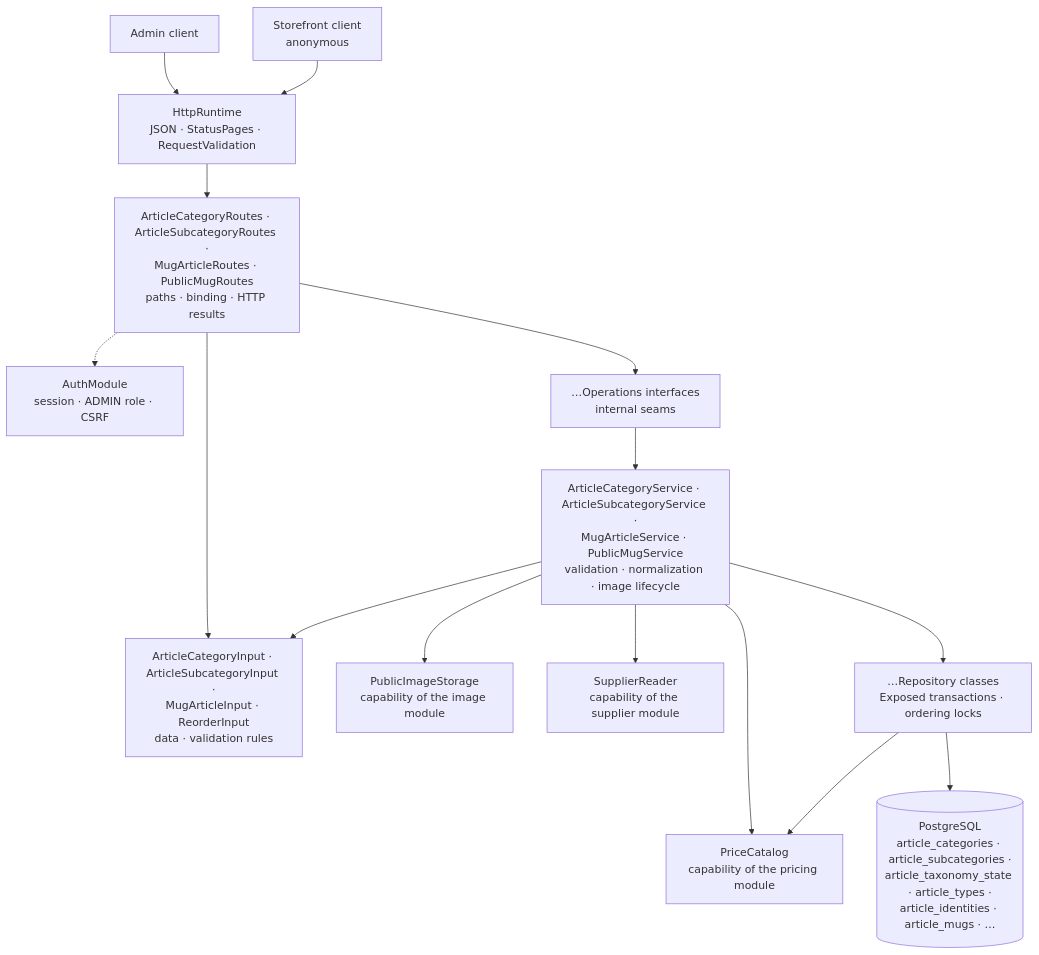
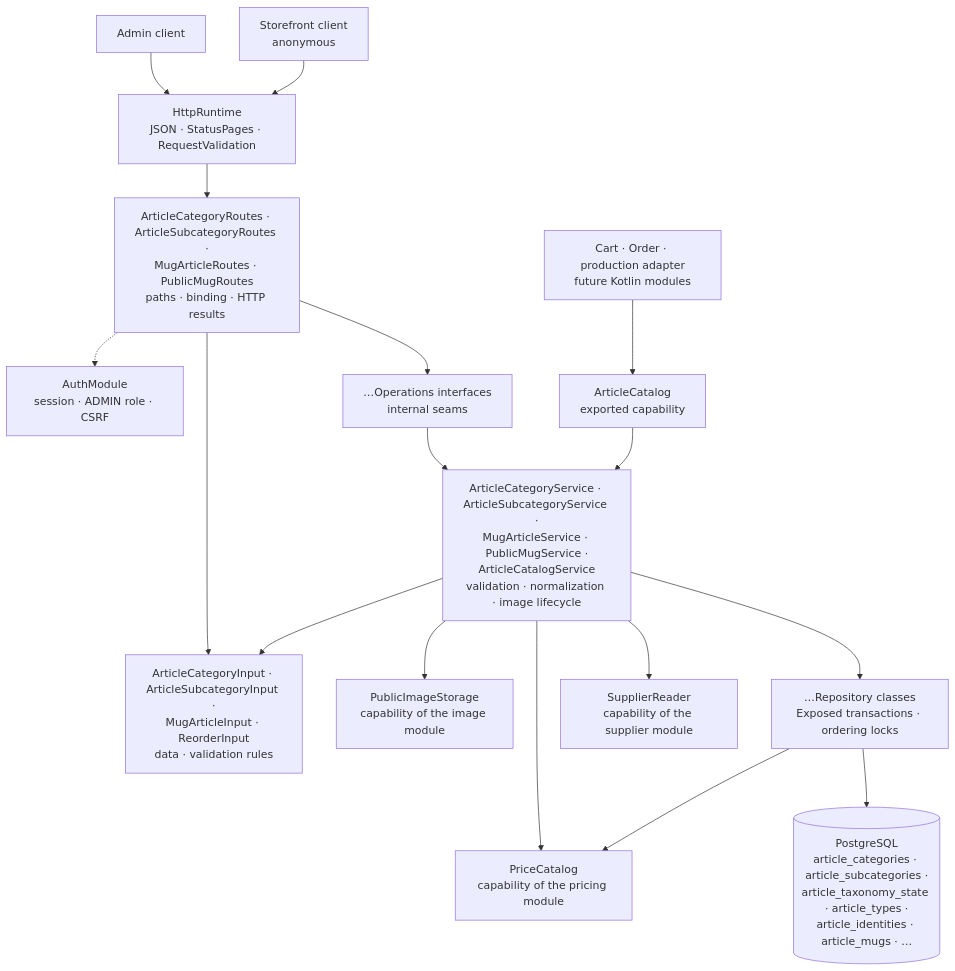
One commit to bitstorm-tech/voenix-shop-kotlin changed the diagram in docs/dev/backend/article-package.md. Above: the diagram before and after it, drawn with Mermaid. The commit also changed other lines of this file and 14 other files, not shown here.

Commit message:
Article migration T9: ArticleCatalog capability and supplier InUse proof (#22)

````diff
--- a/docs/dev/backend/article-package.md
+++ b/docs/dev/backend/article-package.md
@@ -47,30 +50,33 @@
 ```mermaid
 flowchart TB
     Client["Admin client"]
     Shop["Storefront client<br/>anonymous"]
     Http["HttpRuntime<br/>JSON · StatusPages · RequestValidation"]
     Auth["AuthModule<br/>session · ADMIN role · CSRF"]
     Routes["ArticleCategoryRoutes · ArticleSubcategoryRoutes ·<br/>MugArticleRoutes · PublicMugRoutes<br/>paths · binding · HTTP results"]
     Input["ArticleCategoryInput · ArticleSubcategoryInput ·<br/>MugArticleInput · ReorderInput<br/>data · validation rules"]
     Operations["…Operations interfaces<br/>internal seams"]
-    Service["ArticleCategoryService · ArticleSubcategoryService ·<br/>MugArticleService · PublicMugService<br/>validation · normalization · image lifecycle"]
+    Consumer["Cart · Order · production adapter<br/>future Kotlin modules"]
+    Catalog["ArticleCatalog<br/>exported capability"]
+    Service["ArticleCategoryService · ArticleSubcategoryService ·<br/>MugArticleService · PublicMugService ·<br/>ArticleCatalogService<br/>validation · normalization · image lifecycle"]
     Images["PublicImageStorage<br/>capability of the image module"]
     Prices["PriceCatalog<br/>capability of the pricing module"]
     Suppliers["SupplierReader<br/>capability of the supplier module"]
     Repository["…Repository classes<br/>Exposed transactions · ordering locks"]
     Database[("PostgreSQL<br/>article_categories · article_subcategories ·<br/>article_taxonomy_state · article_types ·<br/>article_identities · article_mugs · …")]
 
     Client --> Http --> Routes
     Shop --> Http
+    Consumer --> Catalog --> Service
     Routes -.-> Auth
     Routes --> Input
     Routes --> Operations
     Operations --> Service
     Service --> Input
     Service --> Images
     Service --> Prices
     Service --> Suppliers
     Service --> Repository
     Repository --> Prices
     Repository --> Database
 ```
````
